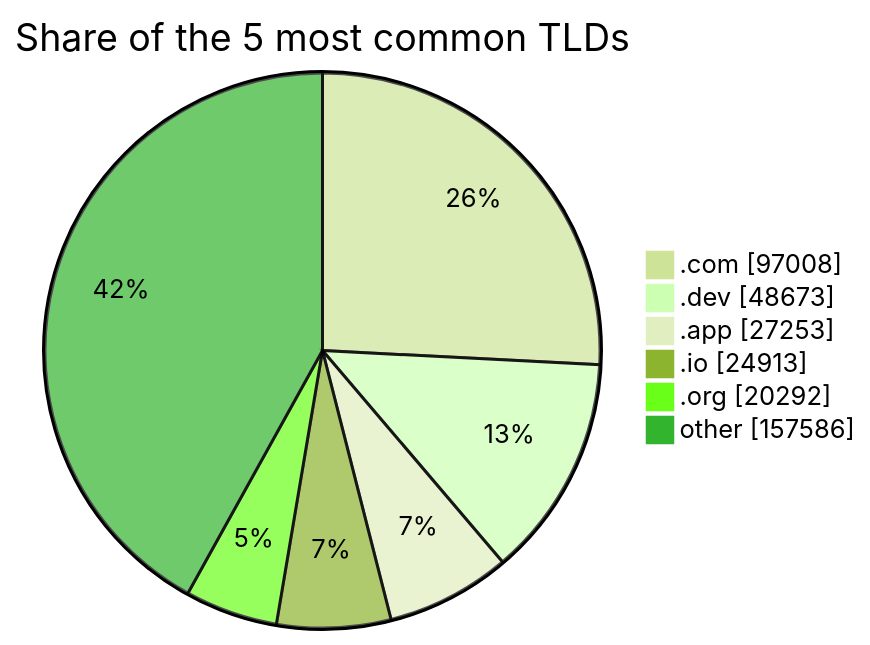
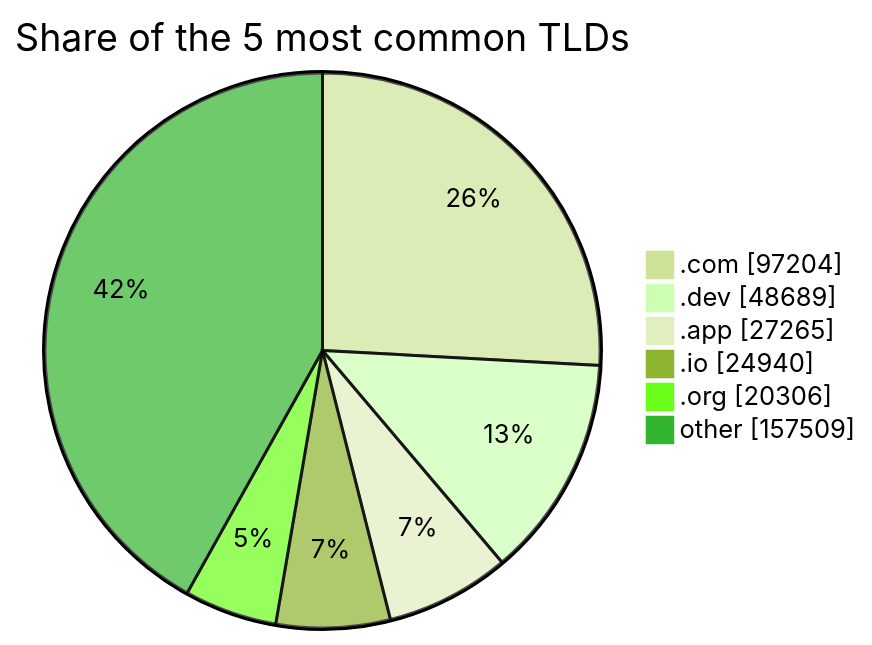
One commit to DNSBunker/CTI changed the third of 3 diagrams in README.md. Above: the diagram before and after it, drawn with Mermaid (forest theme). The commit also changed other lines of this file and 3 other files, not shown here.

````diff
--- a/README.md
+++ b/README.md
@@ -81,9 +81,9 @@
 ```mermaid
 pie showData title Share of the 5 most common TLDs
-    ".com" : 97008
-    ".dev" : 48673
-    ".app" : 27253
-    ".io" : 24913
-    ".org" : 20292
-    "other" : 157586
+    ".com" : 97204
+    ".dev" : 48689
+    ".app" : 27265
+    ".io" : 24940
+    ".org" : 20306
+    "other" : 157509
 ```
````
